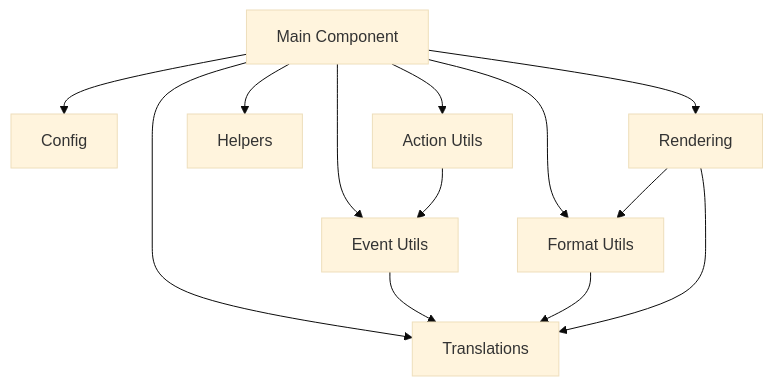
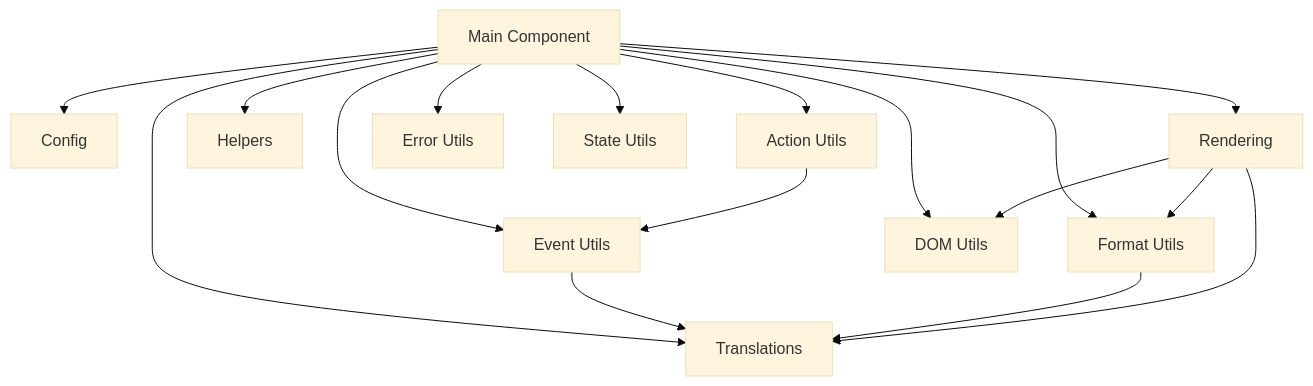
One commit to sancons20/calendar-card-pro changed the diagram in docs/architecture.md. Above: the diagram before and after it, drawn with Mermaid (base theme). The commit also changed other lines of this file and 9 other files, not shown here.

````diff
--- a/docs/architecture.md
+++ b/docs/architecture.md
@@ -71,15 +77,19 @@
 ```mermaid
 graph TD
     A[Main Component] --> B[Config]
     A --> C[Translations]
     A --> D[Event Utils]
     A --> E[Format Utils]
     A --> F[Action Utils]
     A --> G[Helpers]
     A --> H[Rendering]
+    A --> I[DOM Utils]
+    A --> J[Error Utils]
+    A --> K[State Utils]
     D --> C
     E --> C
     H --> E
+    H --> I
     H --> C
     F --> D
 ```
````
